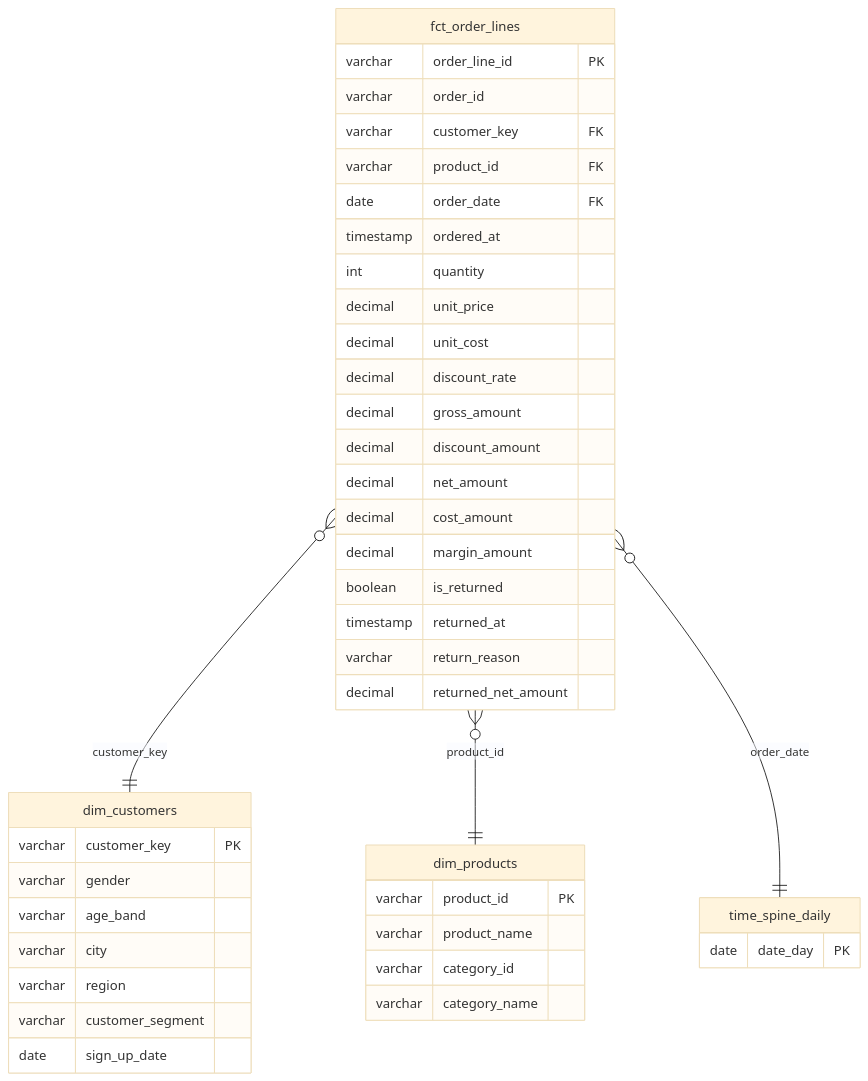
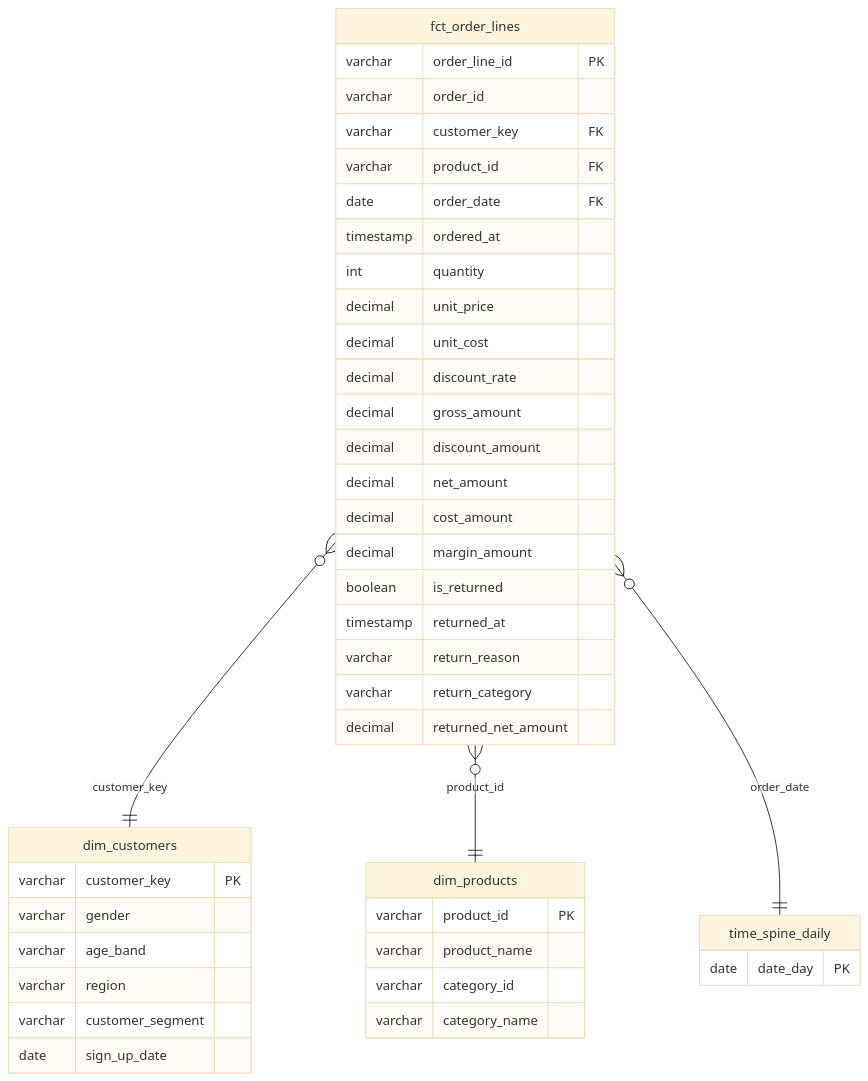
The second of 2 diagrams in docs/design/02-dbt-models.md (John-Miller12/portfolio-dual-target-dbt), drawn with Mermaid (base theme) before and after one commit. The commit also changed other lines of this file, not shown here.

Commit message:
Design 02 rev 11: city dropped in staging; return_category in marts ERD

````diff
--- a/docs/design/02-dbt-models.md
+++ b/docs/design/02-dbt-models.md
@@ -191,45 +192,45 @@
 ```mermaid
 erDiagram
   fct_order_lines }o--|| dim_customers : customer_key
   fct_order_lines }o--|| dim_products : product_id
   fct_order_lines }o--|| time_spine_daily : order_date
   fct_order_lines {
     varchar order_line_id PK
     varchar order_id
     varchar customer_key FK
     varchar product_id FK
     date order_date FK
     timestamp ordered_at
     int quantity
     decimal unit_price
     decimal unit_cost
     decimal discount_rate
     decimal gross_amount
     decimal discount_amount
     decimal net_amount
     decimal cost_amount
     decimal margin_amount
     boolean is_returned
     timestamp returned_at
     varchar return_reason
+    varchar return_category
     decimal returned_net_amount
   }
   dim_customers {
     varchar customer_key PK
     varchar gender
     varchar age_band
-    varchar city
     varchar region
     varchar customer_segment
     date sign_up_date
   }
   dim_products {
     varchar product_id PK
     varchar product_name
     varchar category_id
     varchar category_name
   }
   time_spine_daily {
     date date_day PK
   }
 ```
````
